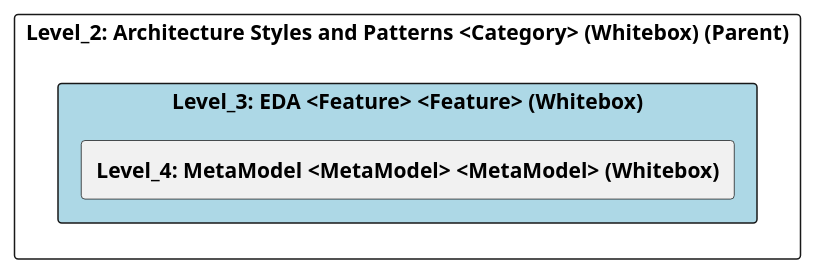
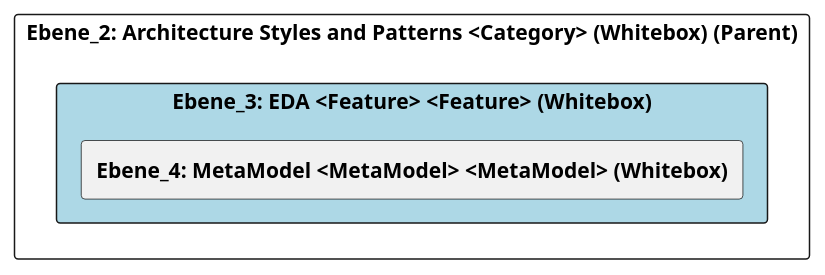
Before and after one commit to marcozwyssig/cleon: the diagram in doc/cleonproject_deliverables_architecture_model_architecture/adoc/de/05_bausteinsicht/cleon/architecture_styles_and_patterns/eda/ebene_3_eda.adoc, drawn with PlantUML. The commit also changed other lines of this file and 258 other files, not shown here.

```diff
--- a/doc/cleonproject_deliverables_architecture_model_architecture/adoc/de/05_bausteinsicht/cleon/architecture_styles_and_patterns/eda/ebene_3_eda.adoc
+++ b/doc/cleonproject_deliverables_architecture_model_architecture/adoc/de/05_bausteinsicht/cleon/architecture_styles_and_patterns/eda/ebene_3_eda.adoc
@@ -24,24 +24,24 @@
-[plantuml, Level_3: EDA <Feature> <Feature> (Whitebox)BlockOverview, format="svg"]
+[plantuml, Ebene_3: EDA <Feature> <Feature> (Whitebox)BlockOverview, format="svg"]
 ----
-@startuml Level_3: EDA <Feature> <Feature> (Whitebox)BuildingBlockOverview
+@startuml Ebene_3: EDA <Feature> <Feature> (Whitebox)BuildingBlockOverview
 
 skinparam ranksep 10
 skinparam componentStyle rectangle
 skinparam shadowing false
 skinparam arrowColor lightblue
 skinparam arrowThickness 1.2
 skinparam rectangle {
   BackgroundColor White
   BorderColor #333
   RoundCorner 10
 }
 top to bottom direction
 
-component "Level_2: Architecture Styles and Patterns <Category> (Whitebox) (Parent)" {
-    component "Level_3: EDA <Feature> <Feature> (Whitebox)" #lightblue {
-        [**Level_4: MetaModel <MetaModel> <MetaModel> (Whitebox)**] as 4A56DE46_D579_11EE_903E_9F564E4DE07E
+component "Ebene_2: Architecture Styles and Patterns <Category> (Whitebox) (Parent)" {
+    component "Ebene_3: EDA <Feature> <Feature> (Whitebox)" #lightblue {
+        [**Ebene_4: MetaModel <MetaModel> <MetaModel> (Whitebox)**] as 4A56DE46_D579_11EE_903E_9F564E4DE07E
     }
 }
 
 @enduml
 ----
```
